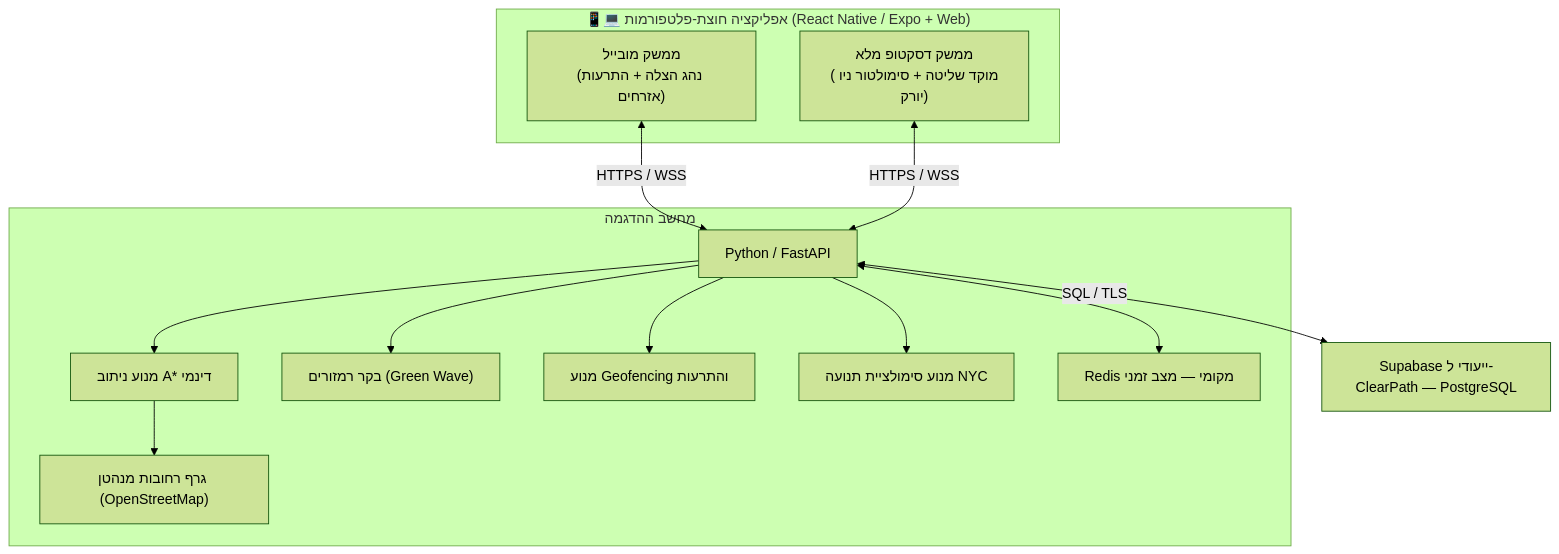
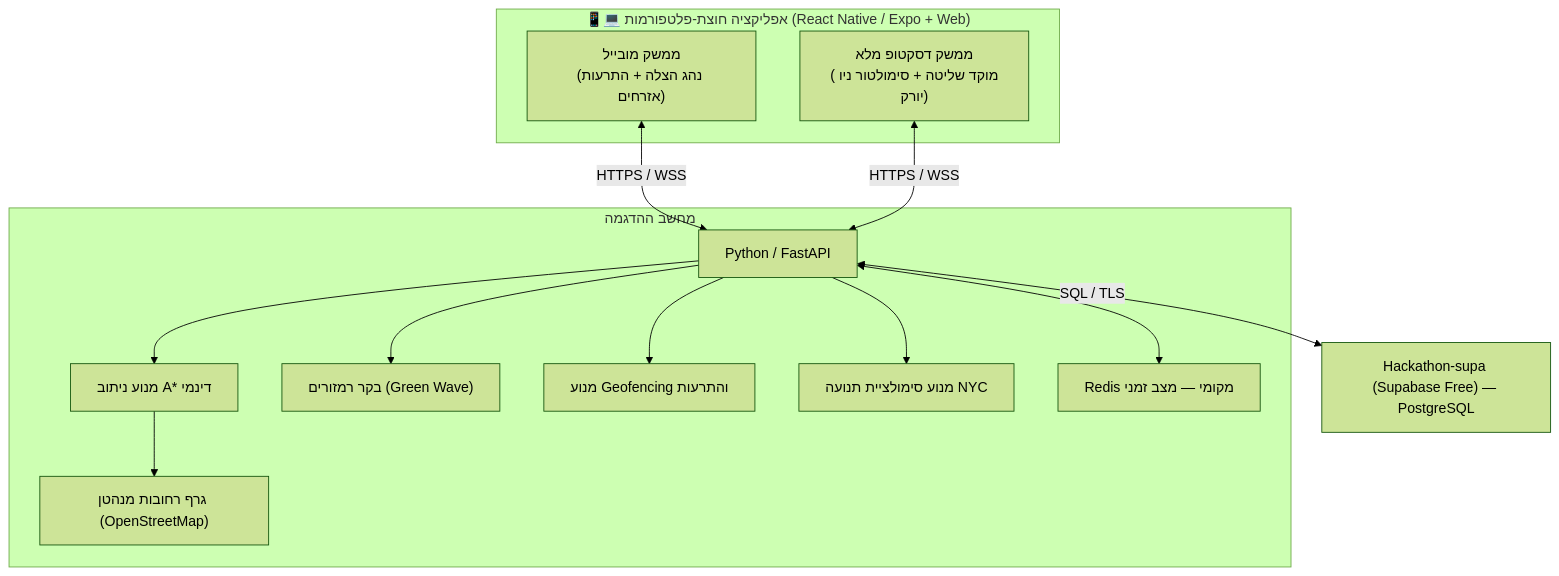
Before and after one commit to megidocs/HackatonIntel: the diagram in docs/specification.md, drawn with Mermaid (forest theme). The commit also changed other lines of this file and 1 other file, not shown here.

Commit message:
Document verified HackatonIntel Supabase integration

````diff
--- a/docs/specification.md
+++ b/docs/specification.md
@@ -84,26 +84,26 @@
 ```mermaid
 flowchart TD
     subgraph Client_CrossPlatform["📱💻 אפליקציה חוצת-פלטפורמות (React Native / Expo + Web)"]
         MobileUI["ממשק מובייל<br/>(נהג הצלה + התרעות אזרחים)"]
         DesktopUI["ממשק דסקטופ מלא<br/>(מוקד שליטה + סימולטור ניו יורק)"]
     end
 
     subgraph Backend["מחשב ההדגמה"]
         API["Python / FastAPI"]
         Router["מנוע ניתוב A* דינמי"]
         SignalCtrl["בקר רמזורים (Green Wave)"]
         GeoEngine["מנוע Geofencing והתרעות"]
         NYCSim["מנוע סימולציית תנועה NYC"]
         OSM["גרף רחובות מנהטן (OpenStreetMap)"]
         Redis["Redis מקומי — מצב זמני"]
     end
 
-    Database["Supabase ייעודי ל-ClearPath — PostgreSQL"]
+    Database["Hackathon-supa (Supabase Free) — PostgreSQL"]
 
     MobileUI <-->|HTTPS / WSS| API
     DesktopUI <-->|HTTPS / WSS| API
     API --> Router & SignalCtrl & GeoEngine & NYCSim
     Router --> OSM
     API <--> Redis
     API <-->|SQL / TLS| Database
 ```
````
